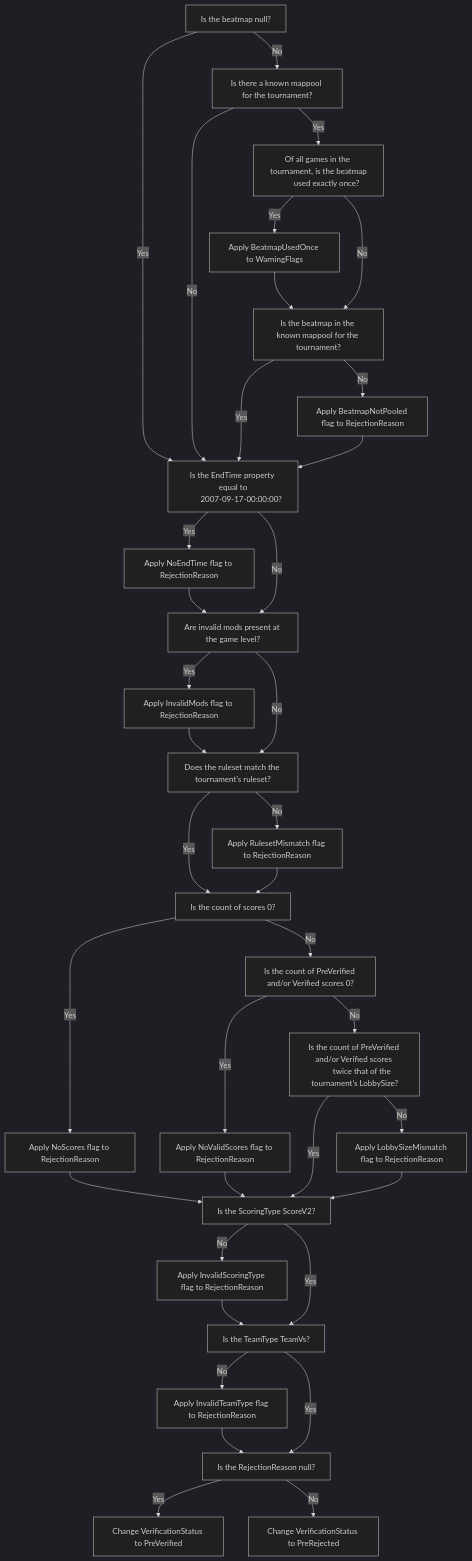
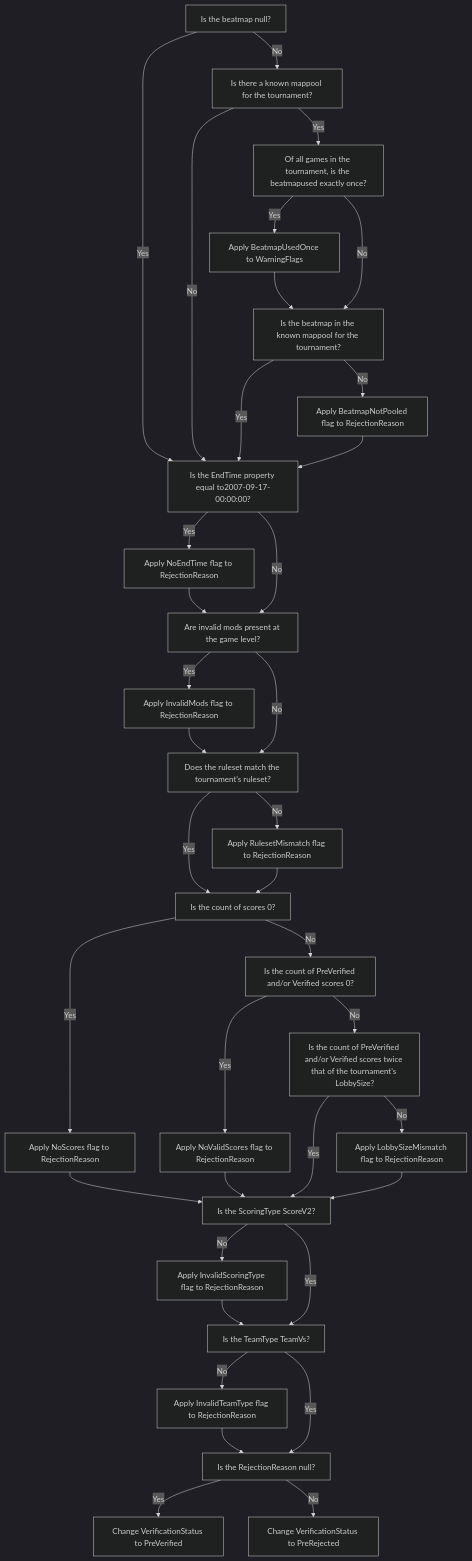
One commit to osu-tournament-rating/otr-docs changed the fourth of 5 diagrams in docs/topics/Automated-Checks.md. Above: the diagram before and after it, drawn with Mermaid (dark theme). The commit also changed other lines of this file, not shown here.

Commit message:
Fix broken flowchart blocks

````diff
--- a/docs/topics/Automated-Checks.md
+++ b/docs/topics/Automated-Checks.md
@@ -110,58 +105,55 @@
 ```Mermaid
 flowchart TD;
     A[Is the beatmap null?]
     B[Is there a known mappool for the tournament?]
-    C[Of all games in the tournament, is the beatmap
-        used exactly once?]
+    C[Of all games in the tournament, is the beatmapused exactly once?]
     D[Apply BeatmapUsedOnce to WarningFlags]
     E[Is the beatmap in the known mappool for the tournament?]
     F[Apply BeatmapNotPooled flag to RejectionReason]
-    G[Is the EndTime property equal to
-        2007-09-17-00:00:00?]
+    G[Is the EndTime property equal to2007-09-17-00:00:00?]
     H[Apply NoEndTime flag to RejectionReason]
     I[Are invalid mods present at the game level?]
     J[Apply InvalidMods flag to RejectionReason]
     K[Does the ruleset match the tournament's ruleset?]
     L[Apply RulesetMismatch flag to RejectionReason]
     M[Is the count of scores 0?]
     N[Apply NoScores flag to RejectionReason]
     O[Is the count of PreVerified and/or Verified scores 0?]
     P[Apply NoValidScores flag to RejectionReason]
-    Q[Is the count of PreVerified and/or Verified scores 
-        twice that of the tournament's LobbySize?]
+    Q[Is the count of PreVerified and/or Verified scores twice that of the tournament's LobbySize?]
     R[Apply LobbySizeMismatch flag to RejectionReason]
     S[Is the ScoringType ScoreV2?]
     T[Apply InvalidScoringType flag to RejectionReason]
     U[Is the TeamType TeamVs?]
     V[Apply InvalidTeamType flag to RejectionReason]
    PreTerm[Is the RejectionReason null?]
    TermPositive[Change VerificationStatus to PreVerified]
    TermNegative[Change VerificationStatus to PreRejected]
     
     A -- Yes --> G
     A -- No --> B
     B -- Yes --> C
     B -- No --> G
     C -- Yes --> D --> E
     C -- No --> E
     E -- Yes --> G
     E -- No --> F --> G
     G -- Yes --> H --> I
     G -- No --> I
     I -- Yes --> J --> K
     I -- No --> K
     K -- Yes --> M
     K -- No --> L --> M
     M -- Yes --> N --> S
     M -- No --> O
     O -- Yes --> P --> S
     O -- No --> Q
     Q -- Yes --> S
     Q -- No --> R --> S
     S -- No --> T --> U
     S -- Yes --> U
     U -- No --> V --> PreTerm
     U -- Yes --> PreTerm
     PreTerm -- Yes --> TermPositive
     PreTerm -- No --> TermNegative
 ```
````
